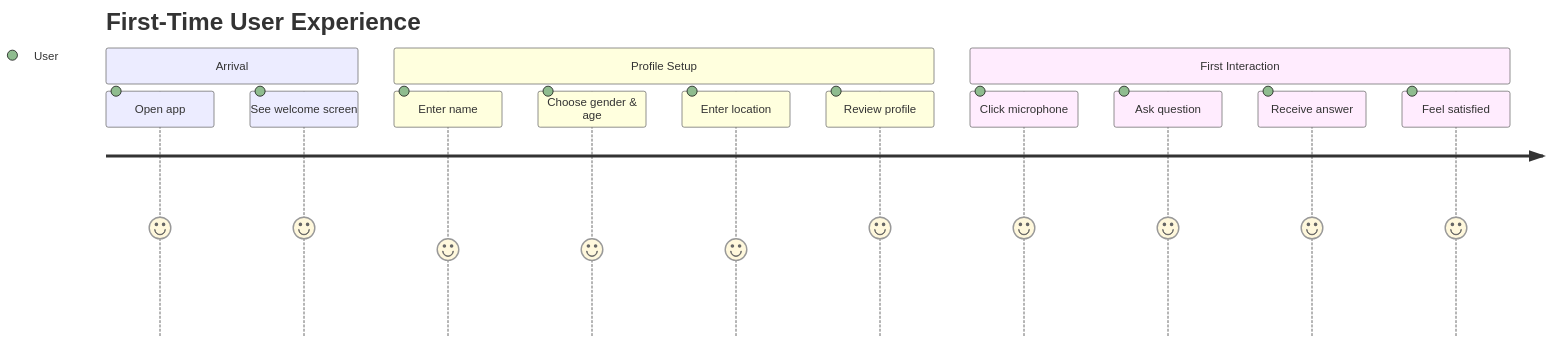
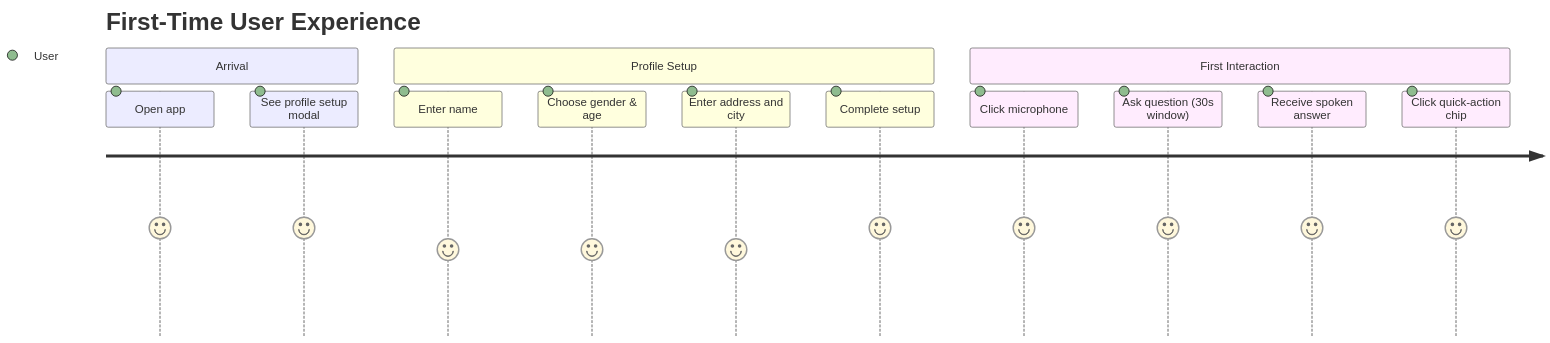
The ninth of 31 diagrams in docs/DIAGRAMS.md (saikiranaravala/PersonalizedVoiceLocationAwareAgent), drawn with Mermaid before and after one commit. The commit also changed other lines of this file and 4 other files, not shown here.

````diff
--- a/docs/DIAGRAMS.md
+++ b/docs/DIAGRAMS.md
@@ -232,17 +317,17 @@
 ```mermaid
 journey
     title First-Time User Experience
     section Arrival
       Open app: 5: User
-      See welcome screen: 5: User
+      See profile setup modal: 5: User
     section Profile Setup
       Enter name: 4: User
       Choose gender & age: 4: User
-      Enter location: 4: User
-      Review profile: 5: User
+      Enter address and city: 4: User
+      Complete setup: 5: User
     section First Interaction
       Click microphone: 5: User
-      Ask question: 5: User
-      Receive answer: 5: User
-      Feel satisfied: 5: User
+      Ask question (30s window): 5: User
+      Receive spoken answer: 5: User
+      Click quick-action chip: 5: User
 ```
````
